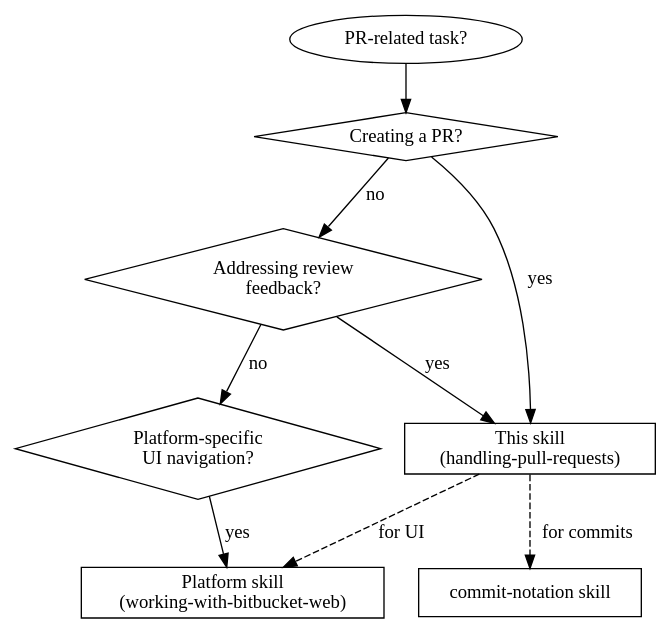
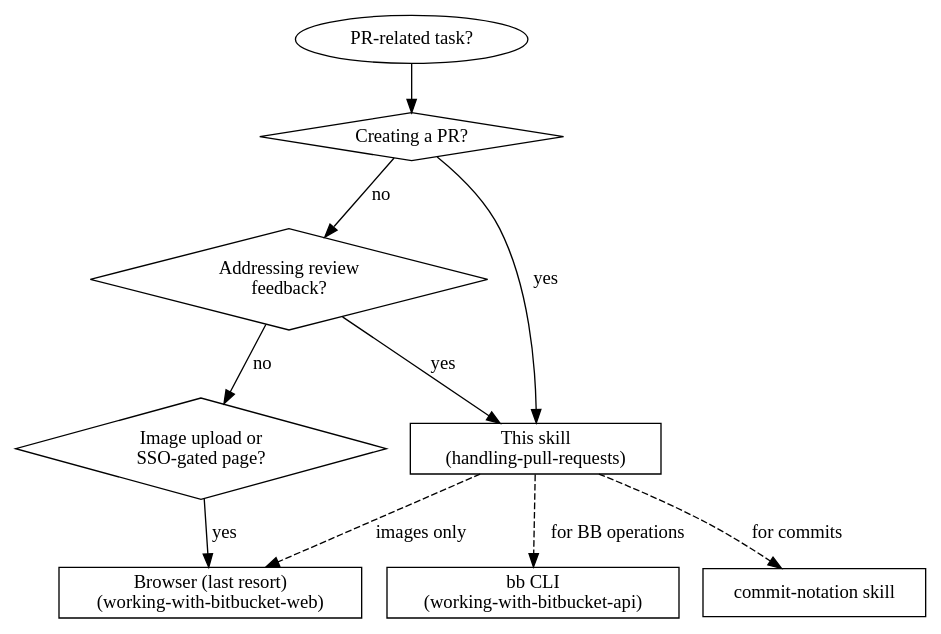
The diagram in skills/handling-pull-requests/SKILL.md (quatico-solutions/agent-skills), drawn with Graphviz before and after one commit. The commit also changed other lines of this file and 1 other file, not shown here.

First line of the commit message:
D Recommend bb CLI as primary in PR and Bitbucket skills

````diff
--- a/skills/handling-pull-requests/SKILL.md
+++ b/skills/handling-pull-requests/SKILL.md
@@ -18,26 +18,28 @@
 ```dot
 digraph pr_workflow {
     rankdir=TB;
     node [shape=diamond];
 
     start [label="PR-related task?" shape=ellipse];
     q1 [label="Creating a PR?"];
     q2 [label="Addressing review\nfeedback?"];
-    q3 [label="Platform-specific\nUI navigation?"];
+    q3 [label="Image upload or\nSSO-gated page?"];
 
     node [shape=box];
     this [label="This skill\n(handling-pull-requests)"];
-    platform [label="Platform skill\n(working-with-bitbucket-web)"];
+    bb [label="bb CLI\n(working-with-bitbucket-api)"];
+    platform [label="Browser (last resort)\n(working-with-bitbucket-web)"];
     commit [label="commit-notation skill"];
 
     start -> q1;
     q1 -> this [label="yes"];
     q1 -> q2 [label="no"];
     q2 -> this [label="yes"];
     q2 -> q3 [label="no"];
     q3 -> platform [label="yes"];
 
+    this -> bb [label="for BB operations" style=dashed];
     this -> commit [label="for commits" style=dashed];
-    this -> platform [label="for UI" style=dashed];
+    this -> platform [label="images only" style=dashed];
 }
 ```
````
